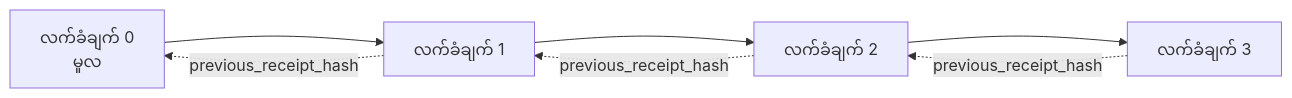
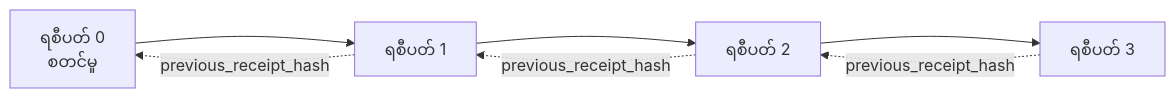
One commit to gabrielmoreira/agent-skills-mirror changed the second of 2 diagrams in mirrors/repos/microsoft@ai-agents-for-beginners/translations/my/18-securing-ai-agents/README.md. Above: the diagram before and after it, drawn with Mermaid. The commit also changed other lines of this file and 2285 other files, not shown here.

````diff
--- a/mirrors/repos/microsoft@ai-agents-for-beginners/translations/my/18-securing-ai-agents/README.md
+++ b/mirrors/repos/microsoft@ai-agents-for-beginners/translations/my/18-securing-ai-agents/README.md
@@ -206,9 +206,9 @@
 ```mermaid
 flowchart LR
-    R0[လက်ခံချက် 0<br/>မူလ] --> R1[လက်ခံချက် 1]
-    R1 --> R2[လက်ခံချက် 2]
-    R2 --> R3[လက်ခံချက် 3]
+    R0[ရစီပတ် 0<br/>စတင်မှု] --> R1[ရစီပတ် 1]
+    R1 --> R2[ရစီပတ် 2]
+    R2 --> R3[ရစီပတ် 3]
     R1 -. previous_receipt_hash .-> R0
     R2 -. previous_receipt_hash .-> R1
     R3 -. previous_receipt_hash .-> R2
 ```
````
